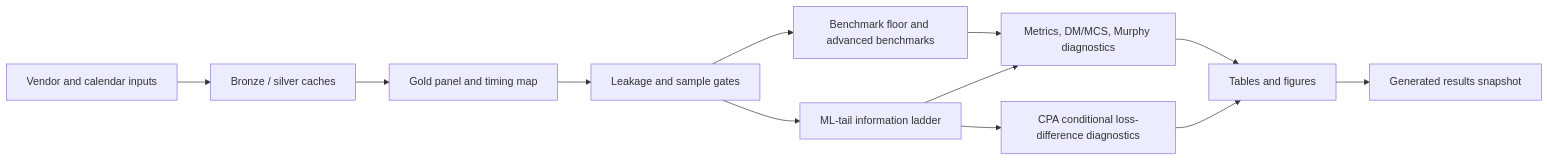
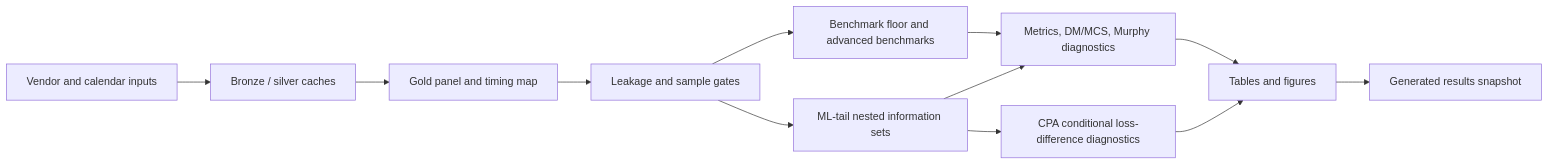
Before and after one commit to TY-Cheng/n225-open-gap-tail: the diagram in docs/results_snapshot.md, drawn with Mermaid. The commit also changed other lines of this file and 44 other files, not shown here.

````diff
--- a/docs/results_snapshot.md
+++ b/docs/results_snapshot.md
@@ -401,14 +266,14 @@
 ```mermaid
 flowchart LR
   A["Vendor and calendar inputs"] --> B["Bronze / silver caches"]
   B --> C["Gold panel and timing map"]
   C --> D["Leakage and sample gates"]
   D --> E["Benchmark floor and advanced benchmarks"]
-  D --> F["ML-tail information ladder"]
+  D --> F["ML-tail nested information sets"]
   E --> G["Metrics, DM/MCS, Murphy diagnostics"]
   F --> G
   F --> H["CPA conditional loss-difference diagnostics"]
   G --> I["Tables and figures"]
   H --> I
   I --> J["Generated results snapshot"]
 ```
````
